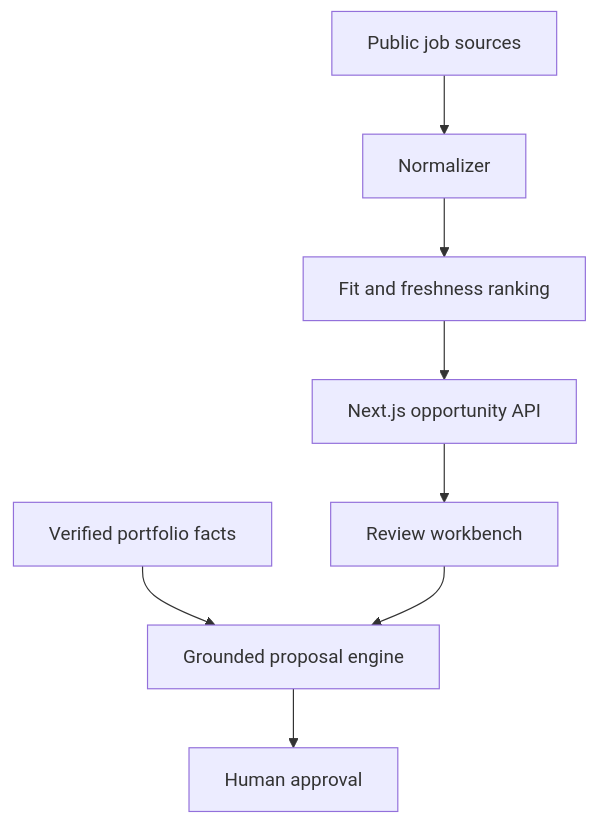
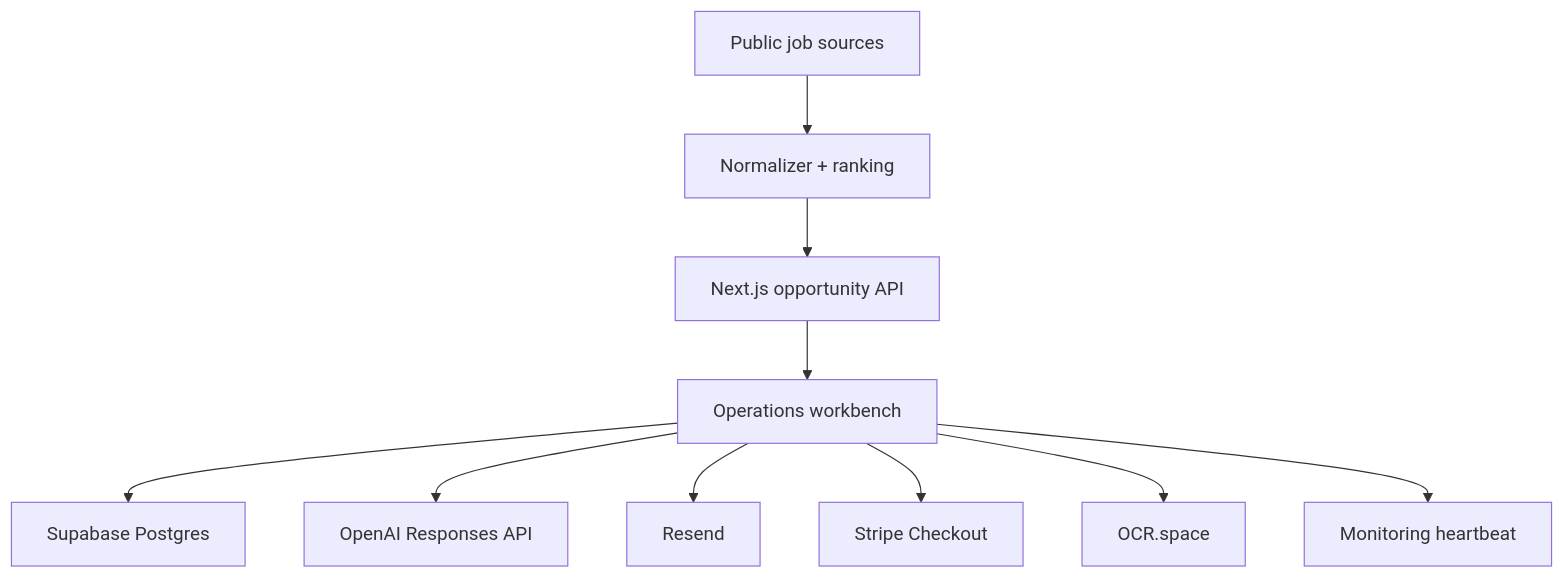
The diagram in portfolio-projects/ai-freelance-workbench/README.md (crz0614/remote-gig-desk-vercel), drawn with Mermaid before and after one commit. The commit also changed other lines of this file, not shown here.

Commit message:
docs: document production architecture and activation

````diff
--- a/portfolio-projects/ai-freelance-workbench/README.md
+++ b/portfolio-projects/ai-freelance-workbench/README.md
@@ -36,10 +66,12 @@
 ```mermaid
 flowchart TD
-  A["Public job sources"] --> B["Normalizer"]
-  B --> C["Fit and freshness ranking"]
-  C --> D["Next.js opportunity API"]
-  D --> E["Review workbench"]
-  F["Verified portfolio facts"] --> G["Grounded proposal engine"]
-  E --> G
-  G --> H["Human approval"]
+  A[Public job sources] --> B[Normalizer + ranking]
+  B --> C[Next.js opportunity API]
+  C --> D[Operations workbench]
+  D --> E[Supabase Postgres]
+  D --> F[OpenAI Responses API]
+  D --> G[Resend]
+  D --> H[Stripe Checkout]
+  D --> I[OCR.space]
+  D --> J[Monitoring heartbeat]
 ```
````
